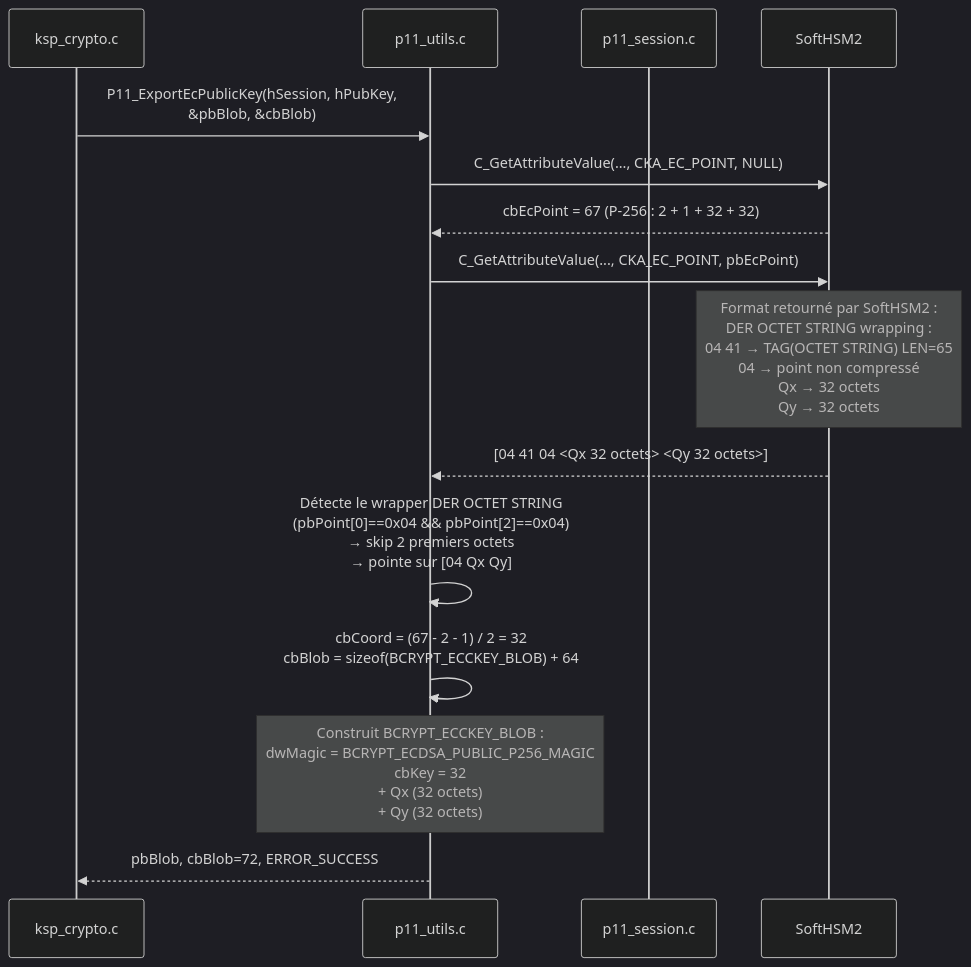
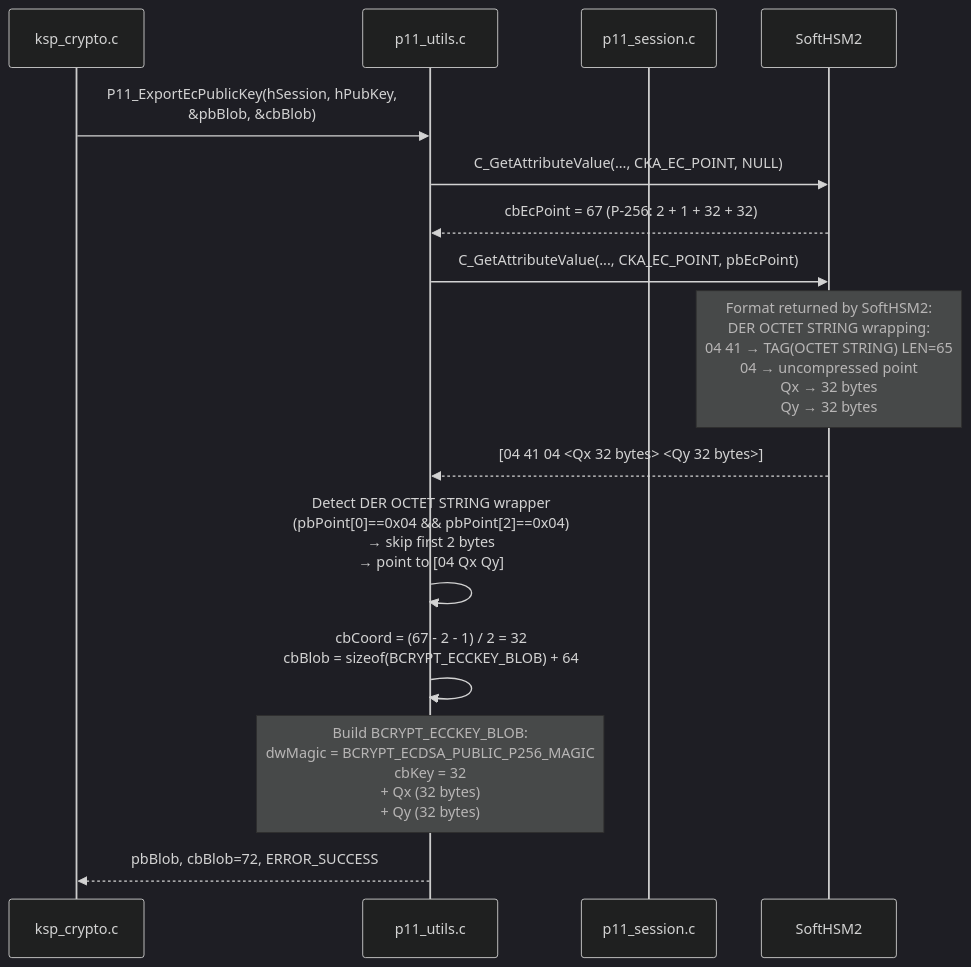
The sixth of 7 diagrams in softhsm_ksp/docs/04-operations-crypto.md (Gaillotte/Noida), drawn with Mermaid (dark theme) before and after one commit. The commit also changed other lines of this file and 9 other files, not shown here.

````diff
--- a/softhsm_ksp/docs/04-operations-crypto.md
+++ b/softhsm_ksp/docs/04-operations-crypto.md
@@ -302,25 +302,25 @@
 ```mermaid
 sequenceDiagram
     participant KSP as ksp_crypto.c
     participant Utils as p11_utils.c
     participant Session as p11_session.c
     participant HSM as SoftHSM2
 
     KSP->>Utils: P11_ExportEcPublicKey(hSession, hPubKey,<br/>&pbBlob, &cbBlob)
 
     Utils->>HSM: C_GetAttributeValue(..., CKA_EC_POINT, NULL)
-    HSM-->>Utils: cbEcPoint = 67 (P-256 : 2 + 1 + 32 + 32)
+    HSM-->>Utils: cbEcPoint = 67 (P-256: 2 + 1 + 32 + 32)
 
     Utils->>HSM: C_GetAttributeValue(..., CKA_EC_POINT, pbEcPoint)
-    note over HSM: Format retourné par SoftHSM2 :<br/>DER OCTET STRING wrapping :<br/>04 41 → TAG(OCTET STRING) LEN=65<br/>  04   → point non compressé<br/>  Qx   → 32 octets<br/>  Qy   → 32 octets
+    note over HSM: Format returned by SoftHSM2:<br/>DER OCTET STRING wrapping:<br/>04 41 → TAG(OCTET STRING) LEN=65<br/>  04   → uncompressed point<br/>  Qx   → 32 bytes<br/>  Qy   → 32 bytes
 
-    HSM-->>Utils: [04 41 04 <Qx 32 octets> <Qy 32 octets>]
+    HSM-->>Utils: [04 41 04 <Qx 32 bytes> <Qy 32 bytes>]
 
-    Utils->>Utils: Détecte le wrapper DER OCTET STRING<br/>(pbPoint[0]==0x04 && pbPoint[2]==0x04)<br/>→ skip 2 premiers octets<br/>→ pointe sur [04 Qx Qy]
+    Utils->>Utils: Detect DER OCTET STRING wrapper<br/>(pbPoint[0]==0x04 && pbPoint[2]==0x04)<br/>→ skip first 2 bytes<br/>→ point to [04 Qx Qy]
 
     Utils->>Utils: cbCoord = (67 - 2 - 1) / 2 = 32<br/>cbBlob = sizeof(BCRYPT_ECCKEY_BLOB) + 64
 
-    note over Utils: Construit BCRYPT_ECCKEY_BLOB :<br/>dwMagic = BCRYPT_ECDSA_PUBLIC_P256_MAGIC<br/>cbKey   = 32<br/>+ Qx (32 octets)<br/>+ Qy (32 octets)
+    note over Utils: Build BCRYPT_ECCKEY_BLOB:<br/>dwMagic = BCRYPT_ECDSA_PUBLIC_P256_MAGIC<br/>cbKey   = 32<br/>+ Qx (32 bytes)<br/>+ Qy (32 bytes)
 
     Utils-->>KSP: pbBlob, cbBlob=72, ERROR_SUCCESS
 ```
````
